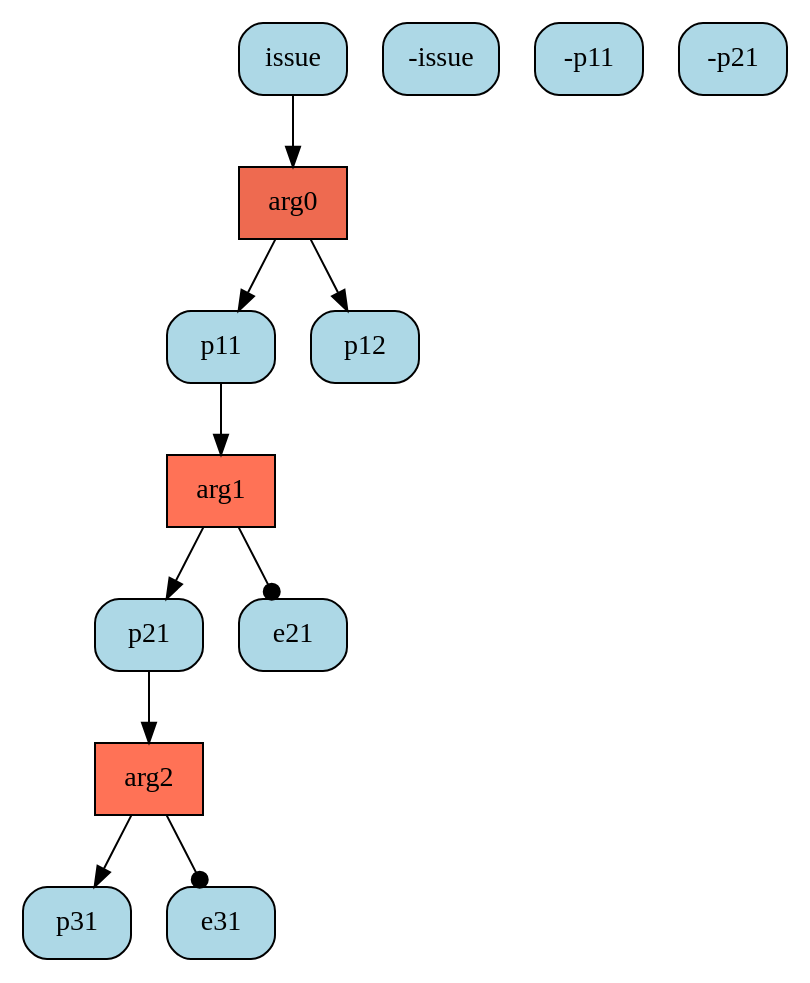
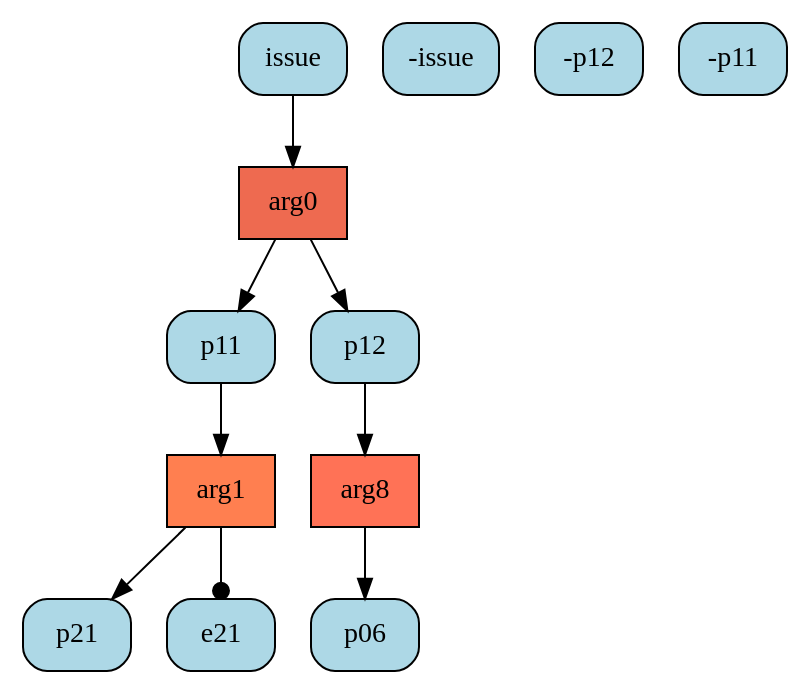
One commit to goweiting/carneades-ext changed the diagram in system/dot/deep1vs1/1_0-2.dot. Above: the diagram before and after it, drawn with Graphviz. The commit also changed 62 other files, not shown here.

```diff
--- a/system/dot/deep1vs1/1_0-2.dot
+++ b/system/dot/deep1vs1/1_0-2.dot
@@ -1,24 +1,22 @@
 digraph G{ 
 "arg0" [color="black", fillcolor="coral2",fixedsize=false, shape=box, style="filled"]; 
 "issue" [color="black", fillcolor="lightblue", fixedsize=false,  shape="box", style="rounded,filled"]; 
 "-issue" [color="black", fillcolor="lightblue", fixedsize=false,  shape="box", style="rounded,filled"]; 
 "p11" [color="black", fillcolor="lightblue", fixedsize=false,  shape="box", style="rounded,filled"]; 
 "p12" [color="black", fillcolor="lightblue", fixedsize=false,  shape="box", style="rounded,filled"]; 
-"arg1" [color="black", fillcolor="coral1",fixedsize=false, shape=box, style="filled"]; 
+"arg8" [color="black", fillcolor="coral1",fixedsize=false, shape=box, style="filled"]; 
+"-p12" [color="black", fillcolor="lightblue", fixedsize=false,  shape="box", style="rounded,filled"]; 
+"p06" [color="black", fillcolor="lightblue", fixedsize=false,  shape="box", style="rounded,filled"]; 
+"arg1" [color="black", fillcolor="coral",fixedsize=false, shape=box, style="filled"]; 
 "-p11" [color="black", fillcolor="lightblue", fixedsize=false,  shape="box", style="rounded,filled"]; 
 "p21" [color="black", fillcolor="lightblue", fixedsize=false,  shape="box", style="rounded,filled"]; 
 "e21" [color="black", fillcolor="lightblue", fixedsize=false,  shape="box", style="rounded,filled"]; 
-"arg2" [color="black", fillcolor="coral1",fixedsize=false, shape=box, style="filled"]; 
-"-p21" [color="black", fillcolor="lightblue", fixedsize=false,  shape="box", style="rounded,filled"]; 
-"p31" [color="black", fillcolor="lightblue", fixedsize=false,  shape="box", style="rounded,filled"]; 
-"e31" [color="black", fillcolor="lightblue", fixedsize=false,  shape="box", style="rounded,filled"]; 
 "issue" -> "arg0" ; 
 "arg0" -> "p11" ; 
 "arg0" -> "p12" ; 
+"p12" -> "arg8" ; 
+"arg8" -> "p06" ; 
 "p11" -> "arg1" ; 
 "arg1" -> "p21" ; 
 "arg1" -> "e21" [arrowhead=dot] ; 
-"p21" -> "arg2" ; 
-"arg2" -> "p31" ; 
-"arg2" -> "e31" [arrowhead=dot] ; 
 }
```
